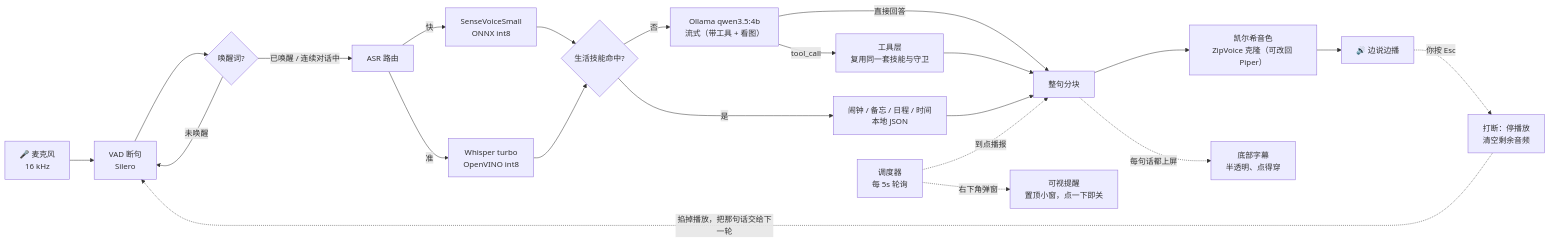
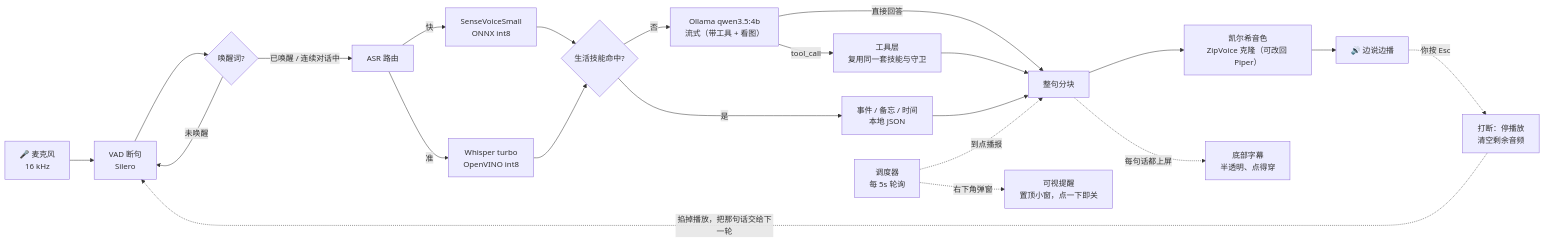
Before and after one commit to Azurwolf1024/local_assistant: the diagram in README.md, drawn with Mermaid. The commit also changed other lines of this file and 11 other files, not shown here.

````diff
--- a/README.md
+++ b/README.md
@@ -29,26 +29,26 @@
 ```mermaid
 flowchart LR
     A["🎤 麦克风<br/>16 kHz"] --> B["VAD 断句<br/>Silero"]
     B --> C{"唤醒词?"}
     C -->|未唤醒| B
     C -->|已唤醒 / 连续对话中| D["ASR 路由"]
     D -->|快| E["SenseVoiceSmall<br/>ONNX int8"]
     D -->|准| F["Whisper turbo<br/>OpenVINO int8"]
     E --> G{"生活技能命中?"}
     F --> G
-    G -->|是| H["闹钟 / 备忘 / 日程 / 时间<br/>本地 JSON"]
+    G -->|是| H["事件 / 备忘 / 时间<br/>本地 JSON"]
     G -->|否| I["Ollama qwen3.5:4b<br/>流式（带工具 + 看图）"]
     I -->|直接回答| J["整句分块"]
     I -->|tool_call| Q["工具层<br/>复用同一套技能与守卫"]
     Q --> J
     H --> J
     J --> K["凯尔希音色<br/>ZipVoice 克隆（可改回 Piper）"]
     K --> L["🔊 边说边播"]
 
     M["调度器<br/>每 5s 轮询"] -. 到点播报 .-> J
     M -. 右下角弹窗 .-> N["可视提醒<br/>置顶小窗，点一下即关"]
 
     J -. 每句话都上屏 .-> O["底部字幕<br/>半透明、点得穿"]
     L -. 你按 Esc .-> P["打断：停播放<br/>清空剩余音频"]
     P -. 掐掉播放，把那句话交给下一轮 .-> B
 ```
````
